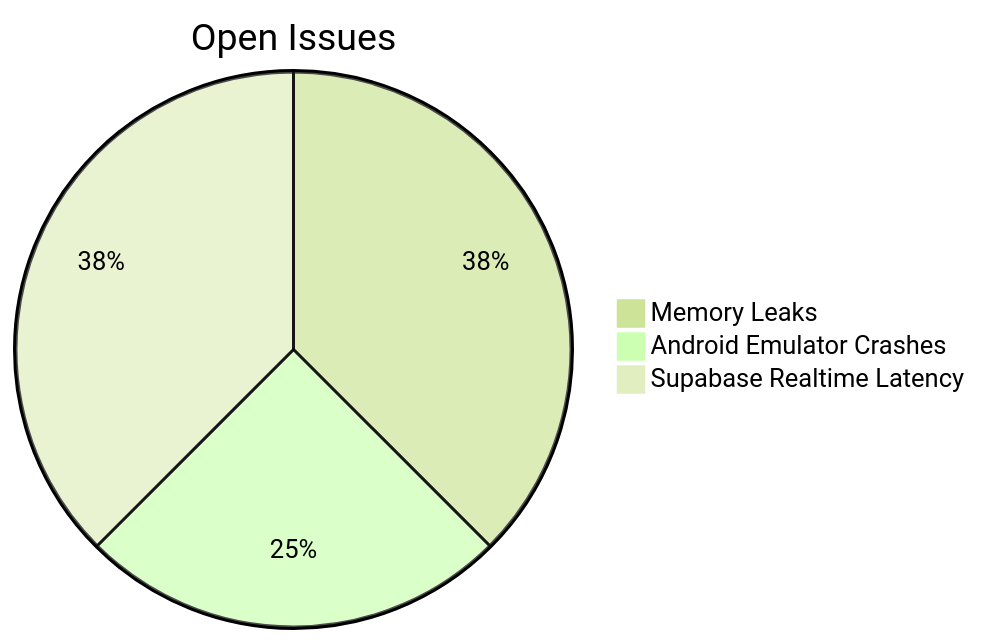
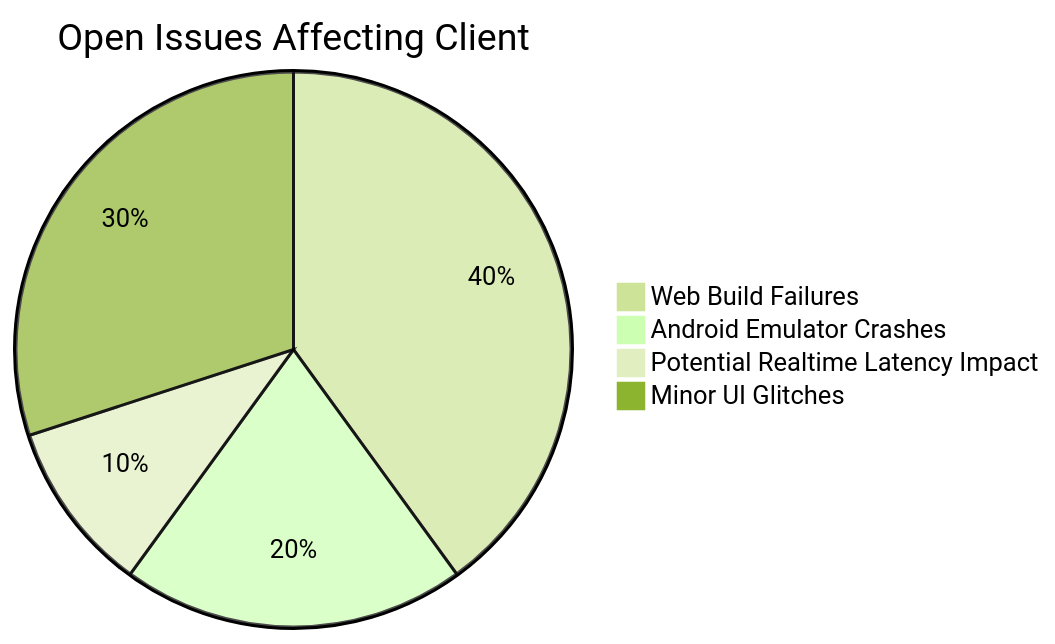
Before and after one commit to MarekCze/bikr-client: the diagram in memory-bank/progress.md, drawn with Mermaid (forest theme). The commit also changed other lines of this file and 9 other files, not shown here.

````diff
--- a/memory-bank/progress.md
+++ b/memory-bank/progress.md
@@ -156,7 +96,8 @@
 ```mermaid
 pie
-    title Open Issues
-    "Memory Leaks" : 30
+    title Open Issues Affecting Client
+    "Web Build Failures" : 40
     "Android Emulator Crashes" : 20
-    "Supabase Realtime Latency" : 30
+    "Potential Realtime Latency Impact" : 10 
+    "Minor UI Glitches" : 30
 ```
````
